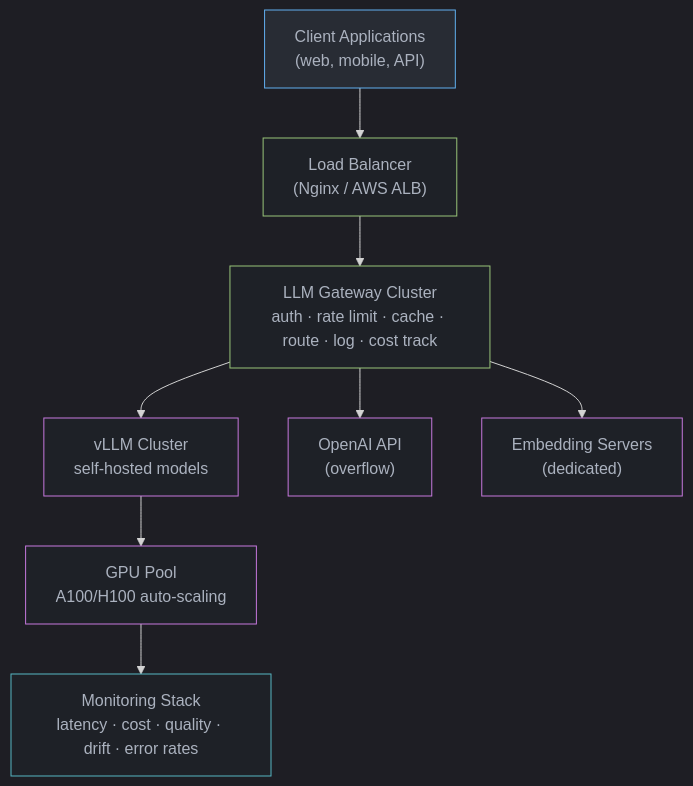
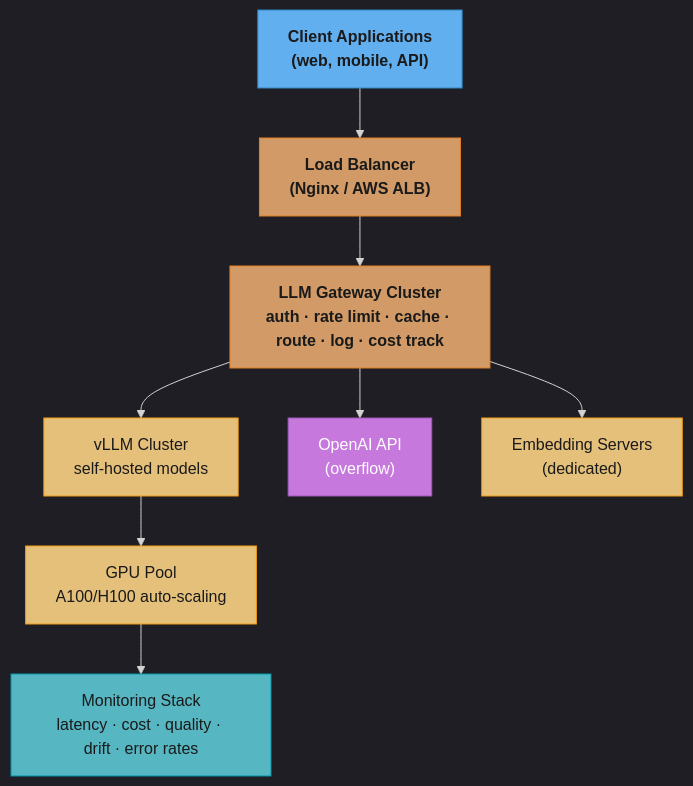
The first of 2 diagrams in src/main/java/com/rutik/systemdesign/llm/deployment_and_mlops/README.md (rppol/system-design), drawn with Mermaid before and after one commit. The commit also changed other lines of this file and 88 other files, not shown here.

````diff
--- a/src/main/java/com/rutik/systemdesign/llm/deployment_and_mlops/README.md
+++ b/src/main/java/com/rutik/systemdesign/llm/deployment_and_mlops/README.md
@@ -179,26 +179,30 @@
 ```mermaid
 %%{init: {'flowchart': {'curve': 'basis'}, 'theme': 'dark'}}%%
 flowchart TD
-    classDef io    fill:#282c34,stroke:#61afef,color:#abb2bf
-    classDef proc  fill:#1e2127,stroke:#98c379,color:#abb2bf
-    classDef llm   fill:#1e2127,stroke:#c678dd,color:#abb2bf
-    classDef store fill:#1e2127,stroke:#56b6c2,color:#abb2bf
+    classDef io      fill:#61afef,stroke:#2e86c1,color:#1a1a1a,font-weight:bold
+    classDef frozen  fill:#c678dd,stroke:#9b59b6,color:#fff
+    classDef train   fill:#98c379,stroke:#27ae60,color:#1a1a1a
+    classDef mathOp  fill:#d19a66,stroke:#e67e22,color:#1a1a1a,font-weight:bold
+    classDef lossN   fill:#e06c75,stroke:#c0392b,color:#fff,font-weight:bold
+    classDef req     fill:#56b6c2,stroke:#0097a7,color:#1a1a1a
+    classDef base    fill:#e5c07b,stroke:#f39c12,color:#1a1a1a
 
     CLI["Client Applications\n(web, mobile, API)"]
     LB["Load Balancer\n(Nginx / AWS ALB)"]
     GW["LLM Gateway Cluster\nauth · rate limit · cache · route · log · cost track"]
     VLLM["vLLM Cluster\nself-hosted models"]
     OAI["OpenAI API\n(overflow)"]
     EMB["Embedding Servers\n(dedicated)"]
     GPU["GPU Pool\nA100/H100 auto-scaling"]
     MON["Monitoring Stack\nlatency · cost · quality · drift · error rates"]
 
     CLI --> LB --> GW
     GW --> VLLM & OAI & EMB
     VLLM --> GPU --> MON
 
     class CLI io
-    class LB,GW proc
-    class VLLM,OAI,EMB,GPU llm
-    class MON store
+    class LB,GW mathOp
+    class VLLM,EMB,GPU base
+    class OAI frozen
+    class MON req
 ```
````
